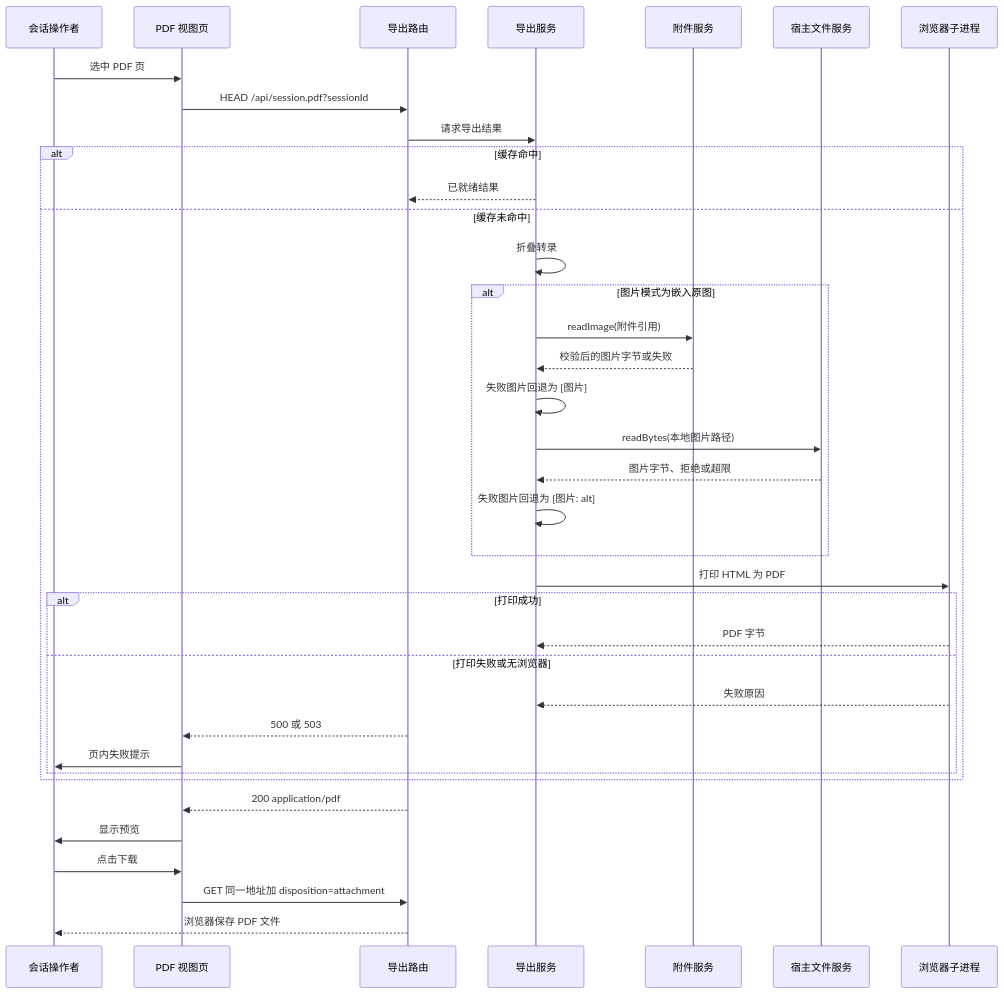
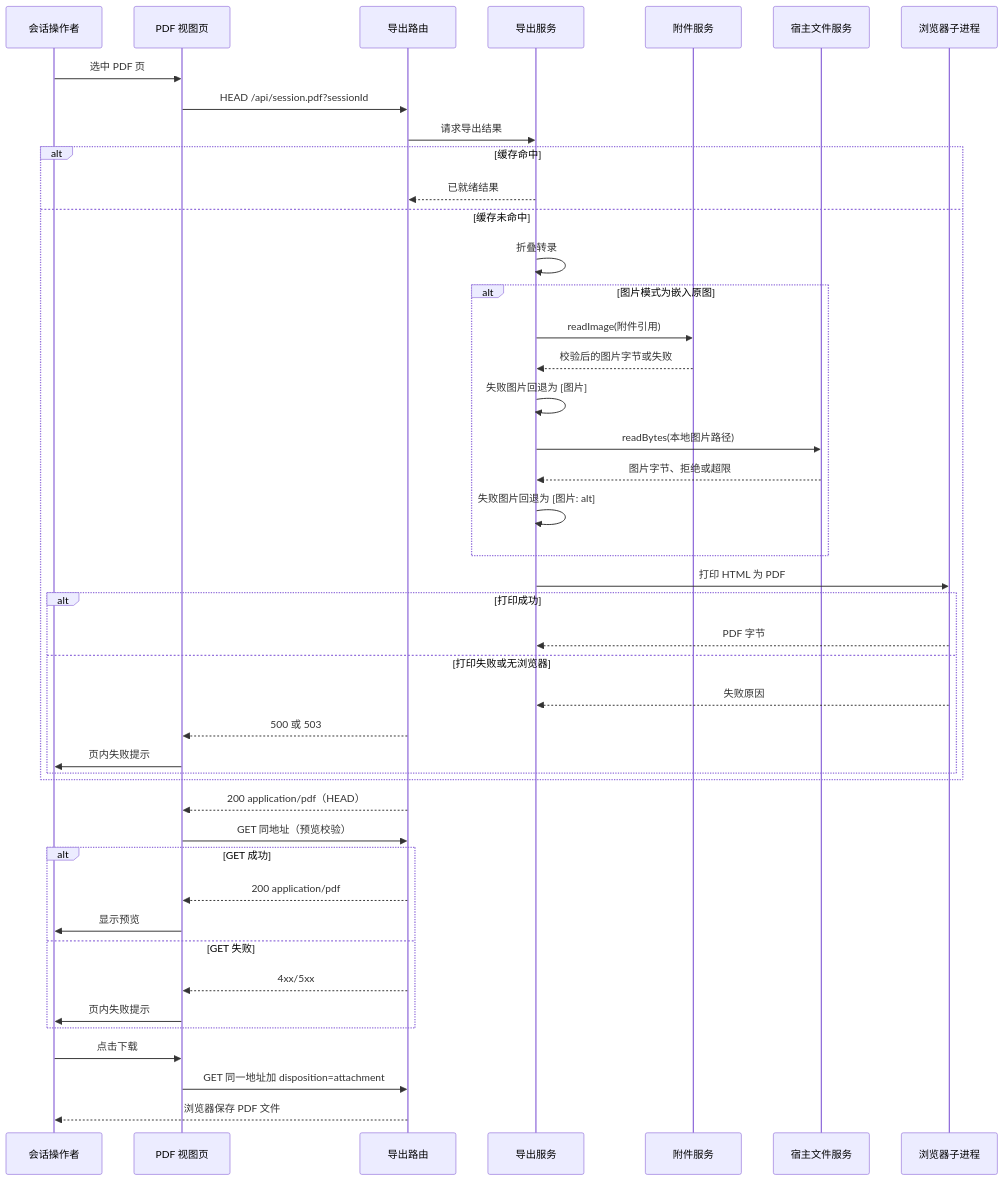
One commit to ccll/dsh-export-pdf changed the third of 6 diagrams in SOLUTION.md. Above: the diagram before and after it, drawn with Mermaid. The commit also changed other lines of this file and 37 other files, not shown here.

````diff
--- a/SOLUTION.md
+++ b/SOLUTION.md
@@ -98,39 +98,46 @@
 ```mermaid
 sequenceDiagram
   participant U as 会话操作者
   participant V as PDF 视图页
   participant R as 导出路由
   participant S as 导出服务
   participant A as 附件服务
   participant F as 宿主文件服务
   participant B as 浏览器子进程
   U->>V: 选中 PDF 页
   V->>R: HEAD /api/session.pdf?sessionId
   R->>S: 请求导出结果
   alt 缓存命中
     S-->>R: 已就绪结果
   else 缓存未命中
     S->>S: 折叠转录
     alt 图片模式为嵌入原图
       S->>A: readImage(附件引用)
       A-->>S: 校验后的图片字节或失败
       S->>S: 失败图片回退为 [图片]
       S->>F: readBytes(本地图片路径)
       F-->>S: 图片字节、拒绝或超限
       S->>S: 失败图片回退为 [图片: alt]
     end
     S->>B: 打印 HTML 为 PDF
     alt 打印成功
       B-->>S: PDF 字节
     else 打印失败或无浏览器
       B-->>S: 失败原因
       R-->>V: 500 或 503
       V->>U: 页内失败提示
     end
   end
-  R-->>V: 200 application/pdf
-  V->>U: 显示预览
+  R-->>V: 200 application/pdf（HEAD）
+  V->>R: GET 同地址（预览校验）
+  alt GET 成功
+    R-->>V: 200 application/pdf
+    V->>U: 显示预览
+  else GET 失败
+    R-->>V: 4xx/5xx
+    V->>U: 页内失败提示
+  end
   U->>V: 点击下载
   V->>R: GET 同一地址加 disposition=attachment
   R-->>U: 浏览器保存 PDF 文件
 ```
````
